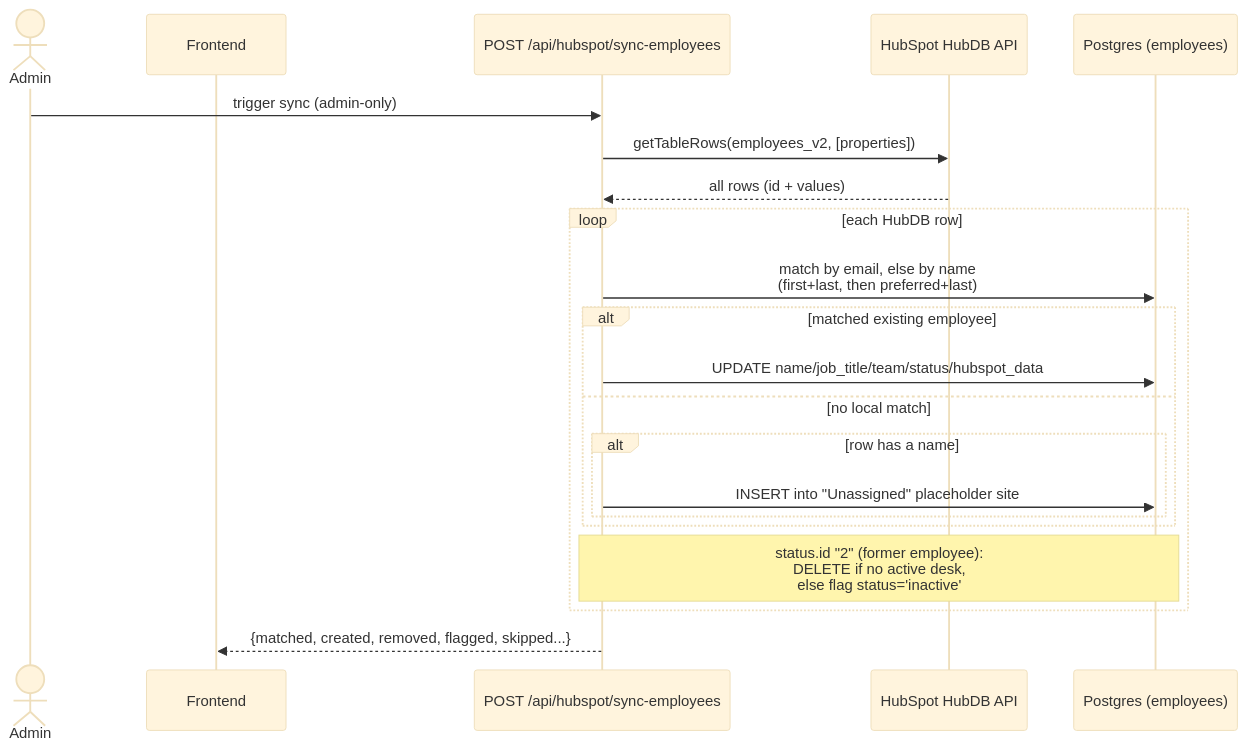
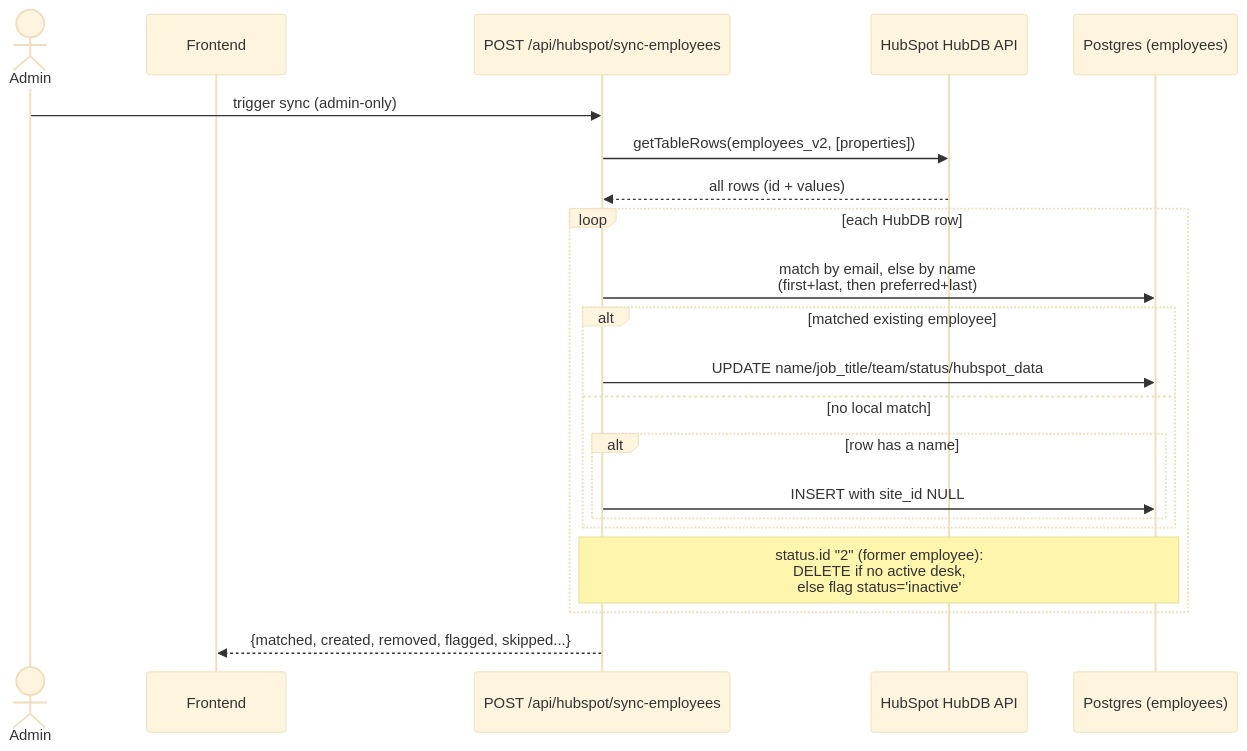
One commit to ValdecirDesenv/smartOffice changed the fourth of 9 diagrams in docs/ARCHITECTURE.md. Above: the diagram before and after it, drawn with Mermaid (base theme). The commit also changed other lines of this file and 7 other files, not shown here.

First line of the commit message:
Remove placeholder Unassigned office; sort People list alphabetically

````diff
--- a/docs/ARCHITECTURE.md
+++ b/docs/ARCHITECTURE.md
@@ -109,24 +109,24 @@
 ```mermaid
 sequenceDiagram
     actor Admin
     participant FE as Frontend
     participant API as POST /api/hubspot/sync-employees
     participant HS as HubSpot HubDB API
     participant DB as Postgres (employees)
 
     Admin->>API: trigger sync (admin-only)
     API->>HS: getTableRows(employees_v2, [properties])
     HS-->>API: all rows (id + values)
     loop each HubDB row
         API->>DB: match by email, else by name<br/>(first+last, then preferred+last)
         alt matched existing employee
             API->>DB: UPDATE name/job_title/team/status/hubspot_data
         else no local match
             alt row has a name
-                API->>DB: INSERT into "Unassigned" placeholder site
+                API->>DB: INSERT with site_id NULL
             end
         end
         Note over API,DB: status.id "2" (former employee):<br/>DELETE if no active desk,<br/>else flag status='inactive'
     end
     API-->>FE: {matched, created, removed, flagged, skipped...}
 ```
````
